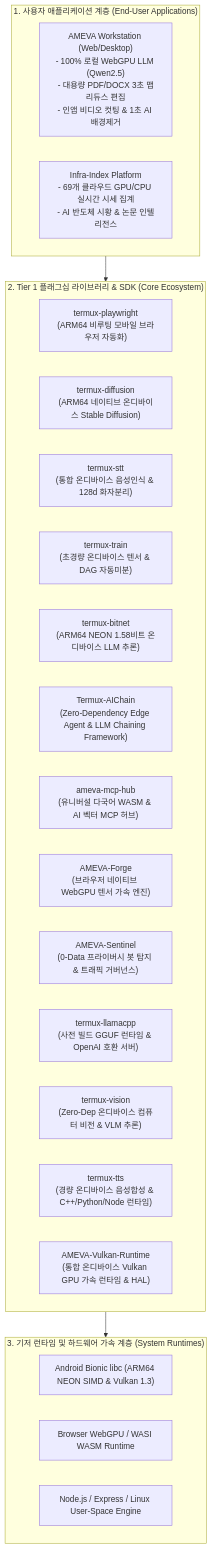
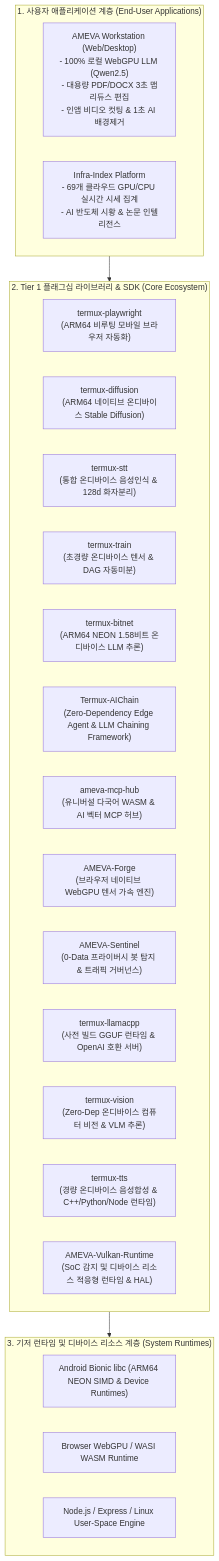
The diagram in FOUNDATION.md (uno-km/uno-km), drawn with Mermaid before and after one commit. The commit also changed other lines of this file and 133 other files, not shown here.

````diff
--- a/FOUNDATION.md
+++ b/FOUNDATION.md
@@ -80,32 +80,32 @@
 ```mermaid
 flowchart TD
     subgraph AppLayer ["1. 사용자 애플리케이션 계층 (End-User Applications)"]
         Workstation["AMEVA Workstation (Web/Desktop)<br/>- 100% 로컬 WebGPU LLM (Qwen2.5)<br/>- 대용량 PDF/DOCX 3초 맵리듀스 편집<br/>- 인앱 비디오 컷팅 & 1초 AI 배경제거"]
         InfraIndex["Infra-Index Platform<br/>- 69개 클라우드 GPU/CPU 실시간 시세 집계<br/>- AI 반도체 시황 & 논문 인텔리전스"]
     end
 
     subgraph CoreLibs ["2. Tier 1 플래그십 라이브러리 & SDK (Core Ecosystem)"]
         Playwright["termux-playwright<br/>(ARM64 비루팅 모바일 브라우저 자동화)"]
         Diffusion["termux-diffusion<br/>(ARM64 네이티브 온디바이스 Stable Diffusion)"]
         STT["termux-stt<br/>(통합 온디바이스 음성인식 & 128d 화자분리)"]
         Train["termux-train<br/>(초경량 온디바이스 텐서 & DAG 자동미분)"]
         BitNet["termux-bitnet<br/>(ARM64 NEON 1.58비트 온디바이스 LLM 추론)"]
         AIChain["Termux-AIChain<br/>(Zero-Dependency Edge Agent & LLM Chaining Framework)"]
         MCPHub["ameva-mcp-hub<br/>(유니버설 다국어 WASM & AI 벡터 MCP 허브)"]
         Forge["AMEVA-Forge<br/>(브라우저 네이티브 WebGPU 텐서 가속 엔진)"]
         Sentinel["AMEVA-Sentinel<br/>(0-Data 프라이버시 봇 탐지 & 트래픽 거버넌스)"]
         LlamaCpp["termux-llamacpp<br/>(사전 빌드 GGUF 런타임 & OpenAI 호환 서버)"]
         Vision["termux-vision<br/>(Zero-Dep 온디바이스 컴퓨터 비전 & VLM 추론)"]
         TTS["termux-tts<br/>(경량 온디바이스 음성합성 & C++/Python/Node 런타임)"]
-        VulkanRuntime["AMEVA-Vulkan-Runtime<br/>(통합 온디바이스 Vulkan GPU 가속 런타임 & HAL)"]
+        VulkanRuntime["AMEVA-Vulkan-Runtime<br/>(SoC 감지 및 디바이스 리소스 적응형 런타임 & HAL)"]
     end
 
-    subgraph RuntimeLayer ["3. 기저 런타임 및 하드웨어 가속 계층 (System Runtimes)"]
-        AndroidBionic["Android Bionic libc (ARM64 NEON SIMD & Vulkan 1.3)"]
+    subgraph RuntimeLayer ["3. 기저 런타임 및 디바이스 리소스 계층 (System Runtimes)"]
+        AndroidBionic["Android Bionic libc (ARM64 NEON SIMD & Device Runtimes)"]
         WebGPU_WASM["Browser WebGPU / WASI WASM Runtime"]
         NodeLinux["Node.js / Express / Linux User-Space Engine"]
     end
 
     AppLayer --> CoreLibs
     CoreLibs --> RuntimeLayer
 ```
````
